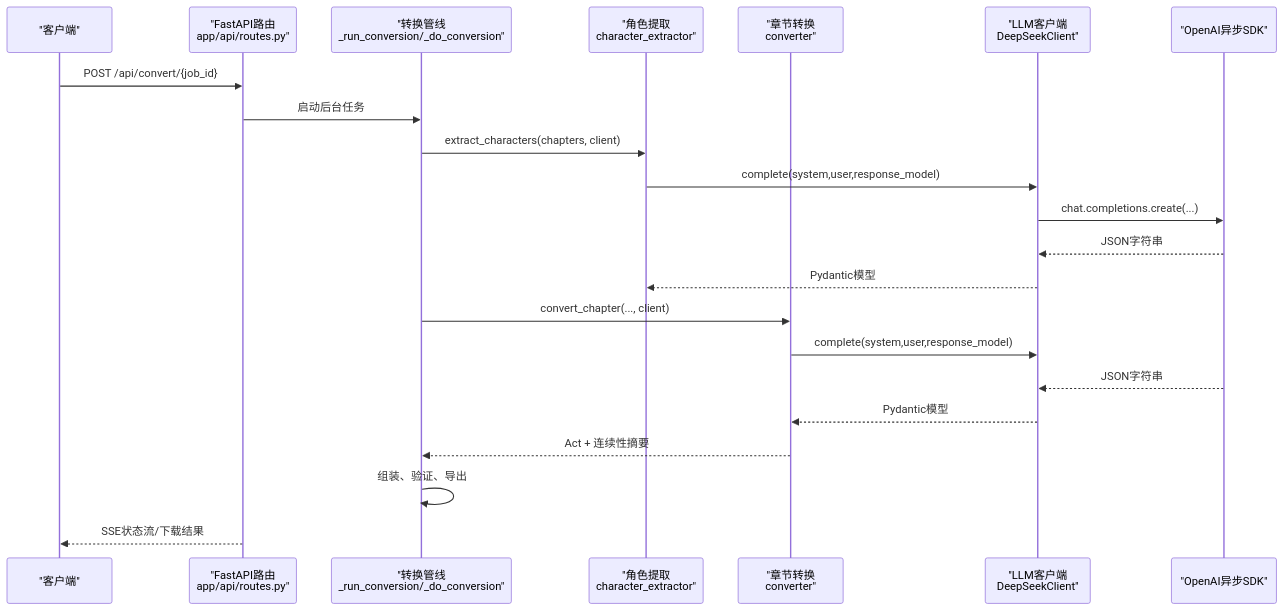
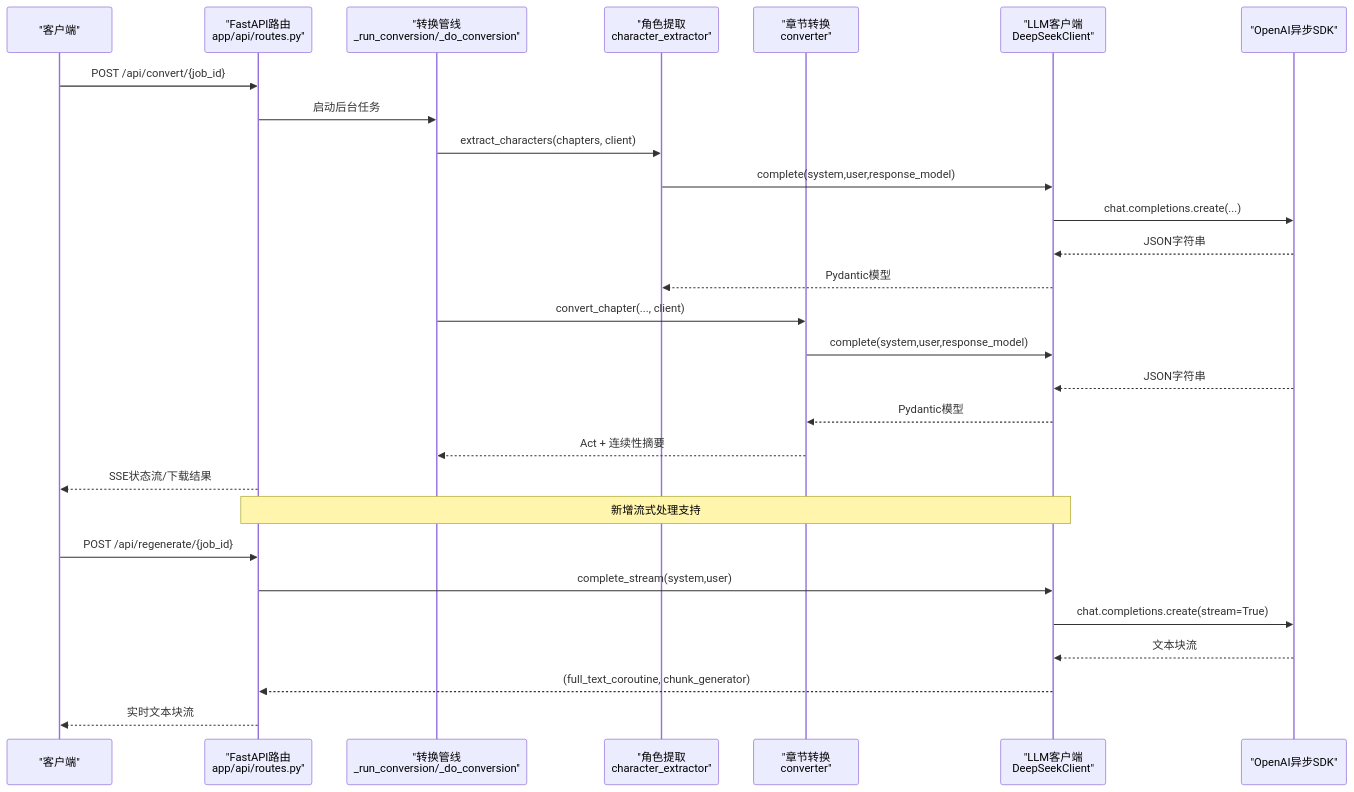
Before and after one commit to tjujingzong/Novel-to-Screenplay: the second of 9 diagrams in .qoder/repowiki/zh/content/核心服务模块/LLM客户端服务.md, drawn with Mermaid. The commit also changed other lines of this file and 21 other files, not shown here.

````diff
--- a/.qoder/repowiki/zh/content/核心服务模块/LLM客户端服务.md
+++ b/.qoder/repowiki/zh/content/核心服务模块/LLM客户端服务.md
@@ -132,24 +139,30 @@
 ```mermaid
 sequenceDiagram
 participant Client as "客户端"
 participant API as "FastAPI路由<br/>app/api/routes.py"
 participant Conv as "转换管线<br/>_run_conversion/_do_conversion"
 participant Char as "角色提取<br/>character_extractor"
 participant ConvSvc as "章节转换<br/>converter"
 participant LLM as "LLM客户端<br/>DeepSeekClient"
 participant OpenAI as "OpenAI异步SDK"
 Client->>API : POST /api/convert/{job_id}
 API->>Conv : 启动后台任务
 Conv->>Char : extract_characters(chapters, client)
 Char->>LLM : complete(system,user,response_model)
 LLM->>OpenAI : chat.completions.create(...)
 OpenAI-->>LLM : JSON字符串
 LLM-->>Char : Pydantic模型
 Conv->>ConvSvc : convert_chapter(..., client)
 ConvSvc->>LLM : complete(system,user,response_model)
 OpenAI-->>LLM : JSON字符串
 LLM-->>ConvSvc : Pydantic模型
 ConvSvc-->>Conv : Act + 连续性摘要
-Conv->>Conv : 组装、验证、导出
 API-->>Client : SSE状态流/下载结果
+Note over API,LLM : 新增流式处理支持
+Client->>API : POST /api/regenerate/{job_id}
+API->>LLM : complete_stream(system,user)
+LLM->>OpenAI : chat.completions.create(stream=True)
+OpenAI-->>LLM : 文本块流
+LLM-->>API : (full_text_coroutine, chunk_generator)
+API-->>Client : 实时文本块流
 ```
````
